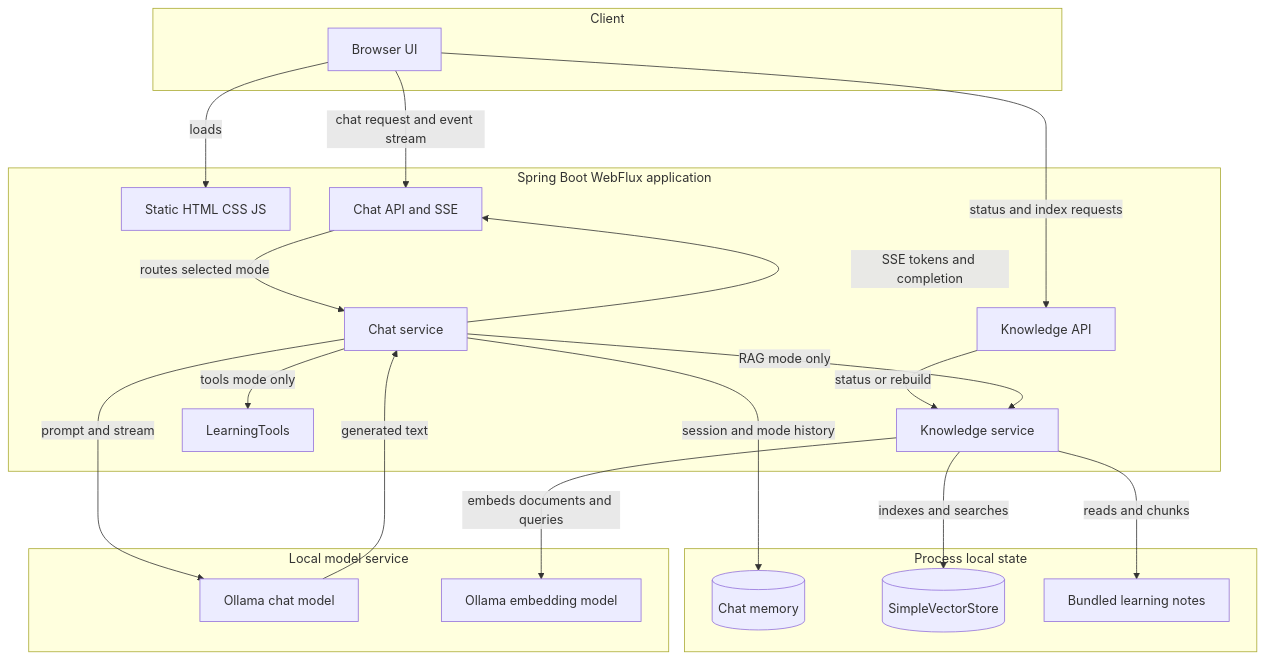
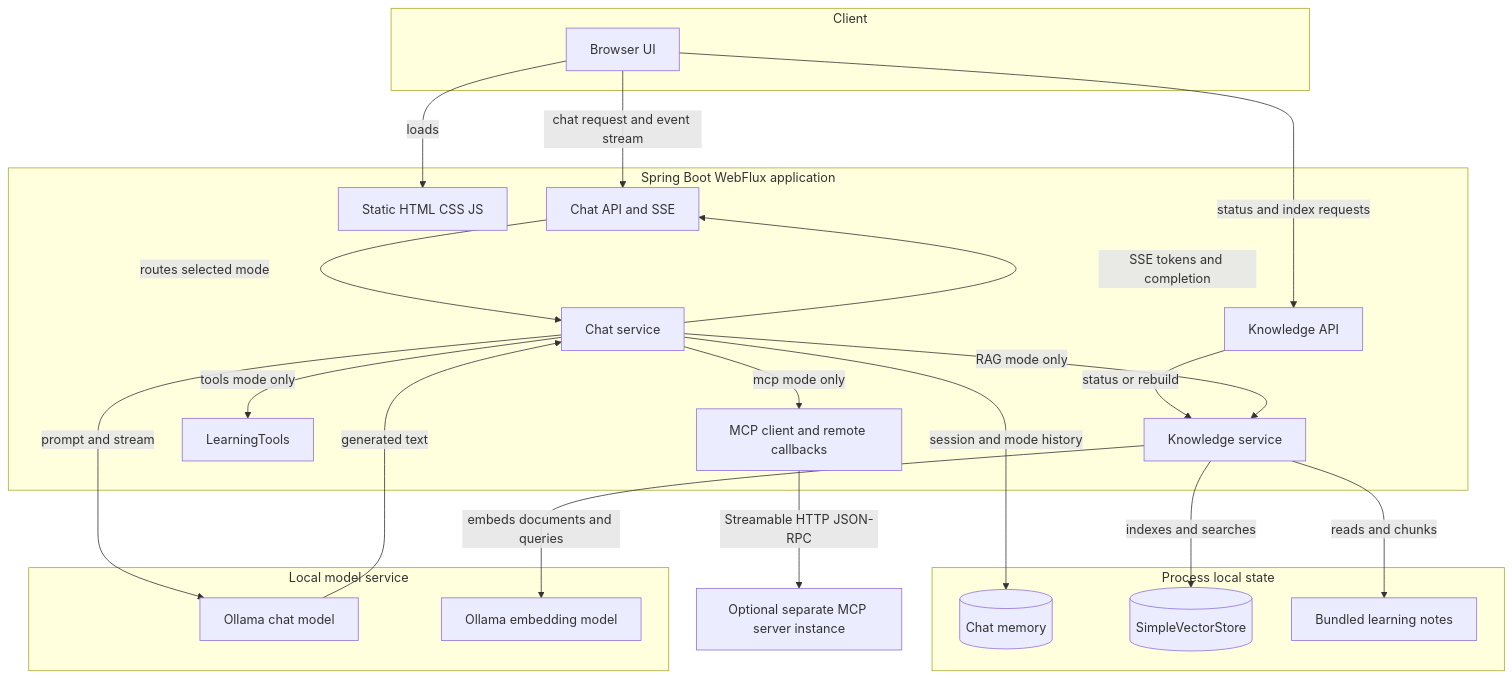
The first of 2 diagrams in README.md (joshiupendra1995/SpringAILearning), drawn with Mermaid before and after one commit. The commit also changed other lines of this file and 23 other files, not shown here.

````diff
--- a/README.md
+++ b/README.md
@@ -31,38 +32,42 @@
 ```mermaid
 flowchart TD
     subgraph aClient["Client"]
         aBrowser["Browser UI"]
     end
     subgraph aApp["Spring Boot WebFlux application"]
         aStatic["Static HTML CSS JS"]
         aChatApi["Chat API and SSE"]
         aKnowledgeApi["Knowledge API"]
         aChatService["Chat service"]
         aKnowledgeService["Knowledge service"]
         aLearningTools["LearningTools"]
+        aMcpClient["MCP client and remote callbacks"]
     end
     subgraph aState["Process local state"]
         aMemory[("Chat memory")]
         aVector[("SimpleVectorStore")]
         aNotes["Bundled learning notes"]
     end
     subgraph aExternal["Local model service"]
         aChatModel["Ollama chat model"]
         aEmbedModel["Ollama embedding model"]
     end
+    aMcpServer["Optional separate MCP server instance"]
 
     aBrowser -->|"loads"| aStatic
     aBrowser -->|"chat request and event stream"| aChatApi
     aBrowser -->|"status and index requests"| aKnowledgeApi
     aChatApi -->|"routes selected mode"| aChatService
     aKnowledgeApi -->|"status or rebuild"| aKnowledgeService
     aChatService -->|"session and mode history"| aMemory
     aChatService -->|"RAG mode only"| aKnowledgeService
     aChatService -->|"tools mode only"| aLearningTools
+    aChatService -->|"mcp mode only"| aMcpClient
+    aMcpClient -->|"Streamable HTTP JSON-RPC"| aMcpServer
     aKnowledgeService -->|"reads and chunks"| aNotes
     aKnowledgeService -->|"indexes and searches"| aVector
     aKnowledgeService -->|"embeds documents and queries"| aEmbedModel
     aChatService -->|"prompt and stream"| aChatModel
     aChatModel -->|"generated text"| aChatService
     aChatService -->|"SSE tokens and completion"| aChatApi
 ```
````
